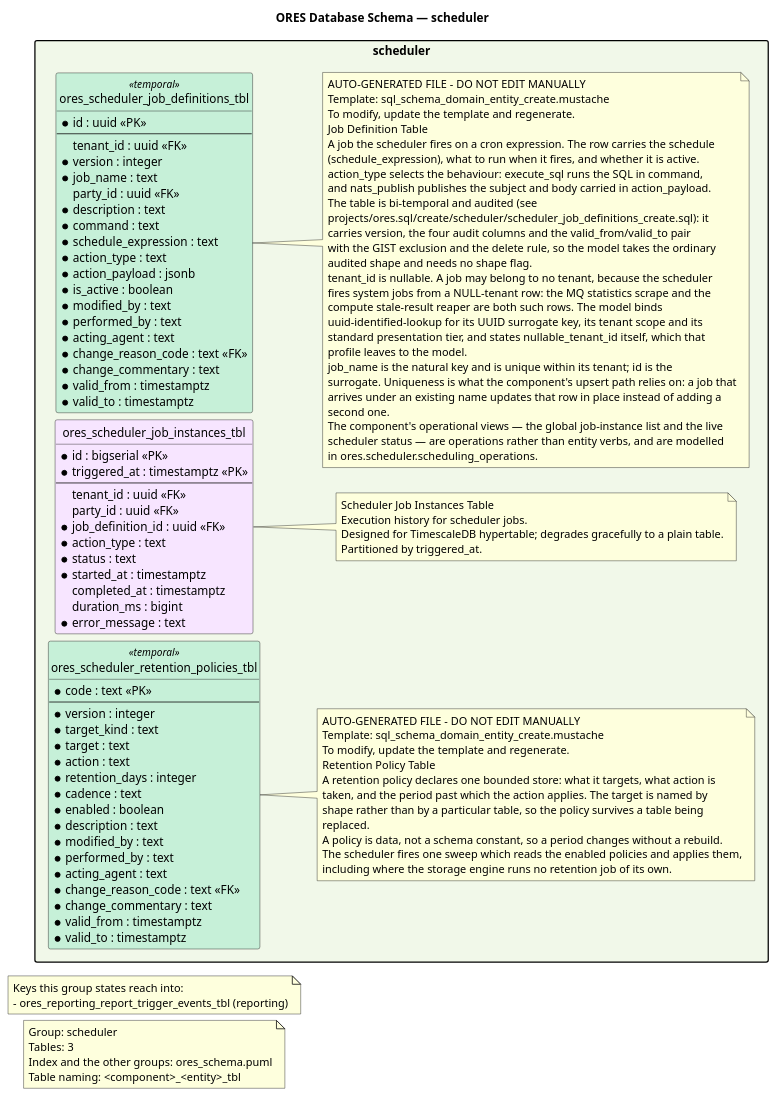
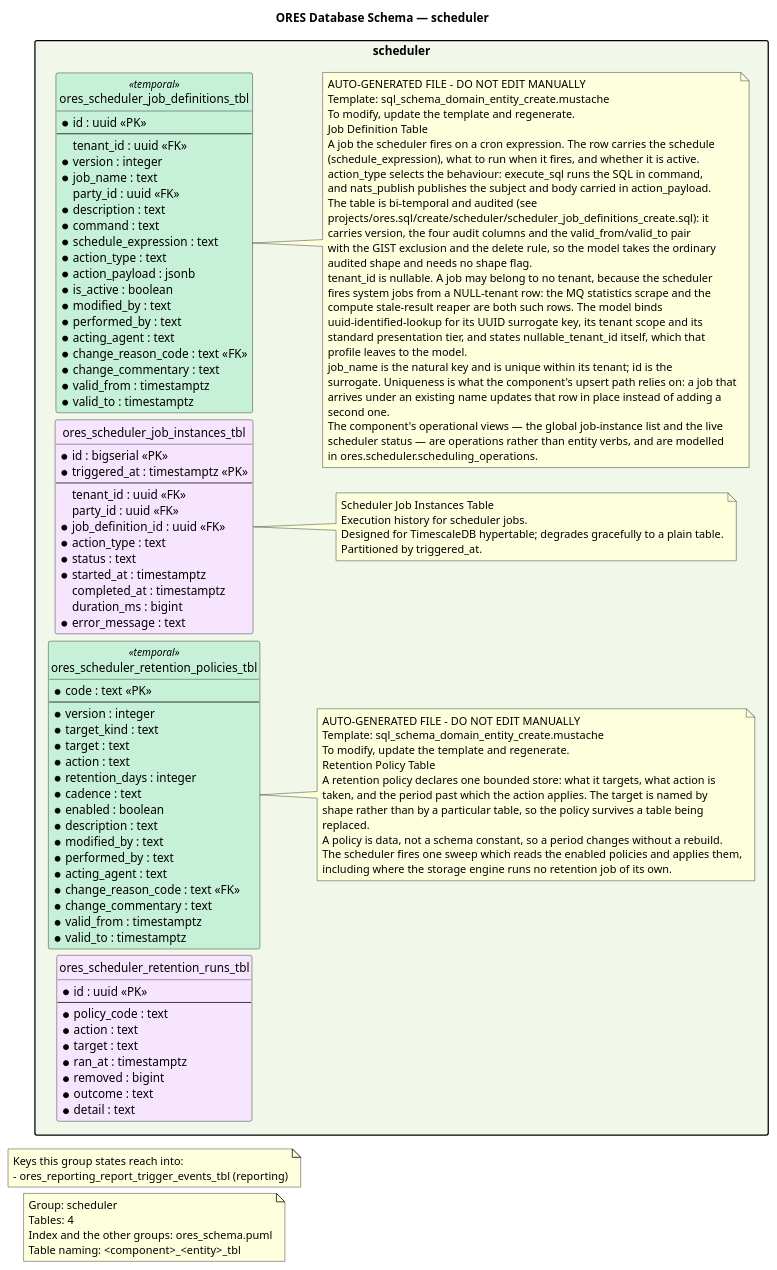
One commit to OreStudio/OreStudio changed the diagram in projects/ores.sql/modeling/ores_schema.scheduler.puml. Above: the diagram before and after it, drawn with PlantUML. The commit also changed 1 other file, not shown here.

Commit message:
[sql] Regenerate the two schema diagrams the check reports as stale
compass generate reported both files as already stale at the base commit, so
they are not a consequence of this branch. They travel on their own commit so
their owner can drop it without touching the rest.

Story-ID: B5DD6A6E-A836-4FF8-A07B-01247D5157E8
Task-ID: 8E006111-C660-42DD-8321-42A0CCAB3E7E
Environment: festive_dijkstra

```diff
--- a/projects/ores.sql/modeling/ores_schema.scheduler.puml
+++ b/projects/ores.sql/modeling/ores_schema.scheduler.puml
@@ -21,146 +21,158 @@
 @startuml
 
 title ORES Database Schema — scheduler
 hide circle
 skinparam linetype ortho
 
 ' Layout: left-to-right stacks packages vertically
 left to right direction
 skinparam packageStyle rectangle
 skinparam nodesep 8
 skinparam ranksep 20
 
 note as GroupNote
 Group: scheduler
-Tables: 3
+Tables: 4
 Index and the other groups: ores_schema.puml
 Table naming: <component>_<entity>_tbl
 end note
 
 note as OtherGroups
 Keys this group states reach into:
 - ores_reporting_report_trigger_events_tbl (reporting)
 end note
 
 '
 ' ==================== scheduler (Job Scheduler) ====================
 '
 package "scheduler" #F1F8E9 {
     entity ores_scheduler_job_definitions_tbl <<temporal>> #C6F0D8 {
         * id : uuid <<PK>>
         --
           tenant_id : uuid <<FK>>
         * version : integer
         * job_name : text
           party_id : uuid <<FK>>
         * description : text
         * command : text
         * schedule_expression : text
         * action_type : text
         * action_payload : jsonb
         * is_active : boolean
         * modified_by : text
         * performed_by : text
         * acting_agent : text
         * change_reason_code : text <<FK>>
         * change_commentary : text
         * valid_from : timestamptz
         * valid_to : timestamptz
     }
 
     note right of ores_scheduler_job_definitions_tbl
     AUTO-GENERATED FILE - DO NOT EDIT MANUALLY
     Template: sql_schema_domain_entity_create.mustache
     To modify, update the template and regenerate.
     Job Definition Table
     A job the scheduler fires on a cron expression. The row carries the schedule
     (schedule_expression), what to run when it fires, and whether it is active.
     action_type selects the behaviour: execute_sql runs the SQL in command,
     and nats_publish publishes the subject and body carried in action_payload.
     The table is bi-temporal and audited (see
     projects/ores.sql/create/scheduler/scheduler_job_definitions_create.sql): it
     carries version, the four audit columns and the valid_from/valid_to pair
     with the GIST exclusion and the delete rule, so the model takes the ordinary
     audited shape and needs no shape flag.
     tenant_id is nullable. A job may belong to no tenant, because the scheduler
     fires system jobs from a NULL-tenant row: the MQ statistics scrape and the
     compute stale-result reaper are both such rows. The model binds
     uuid-identified-lookup for its UUID surrogate key, its tenant scope and its
     standard presentation tier, and states nullable_tenant_id itself, which that
     profile leaves to the model.
     job_name is the natural key and is unique within its tenant; id is the
     surrogate. Uniqueness is what the component's upsert path relies on: a job that
     arrives under an existing name updates that row in place instead of adding a
     second one.
     The component's operational views — the global job-instance list and the live
     scheduler status — are operations rather than entity verbs, and are modelled
     in ores.scheduler.scheduling_operations.
     end note
 
     entity ores_scheduler_job_instances_tbl  #F7E5FF {
         * id : bigserial <<PK>>
         * triggered_at : timestamptz <<PK>>
         --
           tenant_id : uuid <<FK>>
           party_id : uuid <<FK>>
         * job_definition_id : uuid <<FK>>
         * action_type : text
         * status : text
         * started_at : timestamptz
           completed_at : timestamptz
           duration_ms : bigint
         * error_message : text
     }
 
     note right of ores_scheduler_job_instances_tbl
     Scheduler Job Instances Table
     Execution history for scheduler jobs.
     Designed for TimescaleDB hypertable; degrades gracefully to a plain table.
     Partitioned by triggered_at.
     end note
 
     entity ores_scheduler_retention_policies_tbl <<temporal>> #C6F0D8 {
         * code : text <<PK>>
         --
         * version : integer
         * target_kind : text
         * target : text
         * action : text
         * retention_days : integer
         * cadence : text
         * enabled : boolean
         * description : text
         * modified_by : text
         * performed_by : text
         * acting_agent : text
         * change_reason_code : text <<FK>>
         * change_commentary : text
         * valid_from : timestamptz
         * valid_to : timestamptz
     }
 
     note right of ores_scheduler_retention_policies_tbl
     AUTO-GENERATED FILE - DO NOT EDIT MANUALLY
     Template: sql_schema_domain_entity_create.mustache
     To modify, update the template and regenerate.
     Retention Policy Table
     A retention policy declares one bounded store: what it targets, what action is
     taken, and the period past which the action applies. The target is named by
     shape rather than by a particular table, so the policy survives a table being
     replaced.
     A policy is data, not a schema constant, so a period changes without a rebuild.
     The scheduler fires one sweep which reads the enabled policies and applies them,
     including where the storage engine runs no retention job of its own.
     end note
 
+    entity ores_scheduler_retention_runs_tbl  #F7E5FF {
+        * id : uuid <<PK>>
+        --
+        * policy_code : text
+        * action : text
+        * target : text
+        * ran_at : timestamptz
+        * removed : bigint
+        * outcome : text
+        * detail : text
+    }
+
 }
 
 
 '
 ' ==================== Relationships ====================
 '
 
 ' Local Variables:
 ' compile-command: "java -Djava.awt.headless=true -DPLANTUML_LIMIT_SIZE=131072 -jar /usr/share/plantuml/plantuml.jar ores_schema.scheduler.puml"
 ' End:
 @enduml
```
